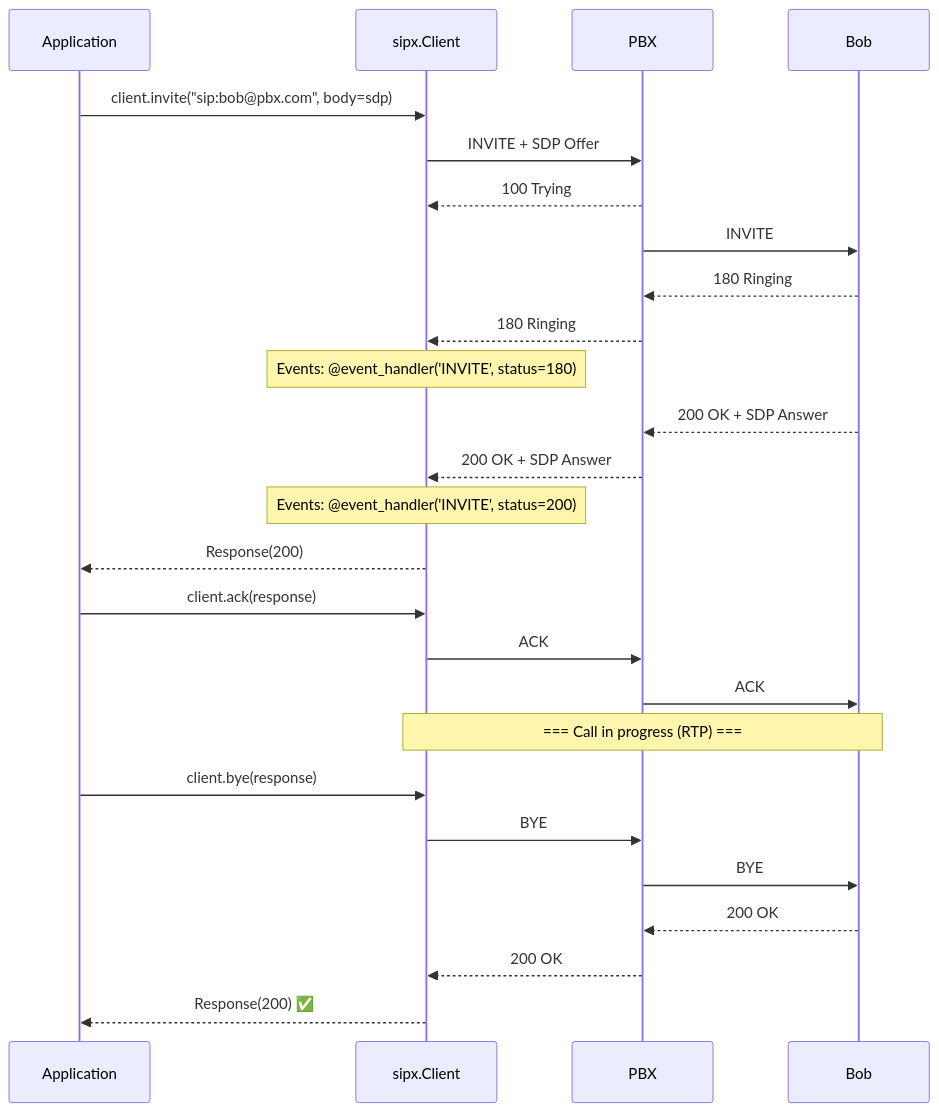
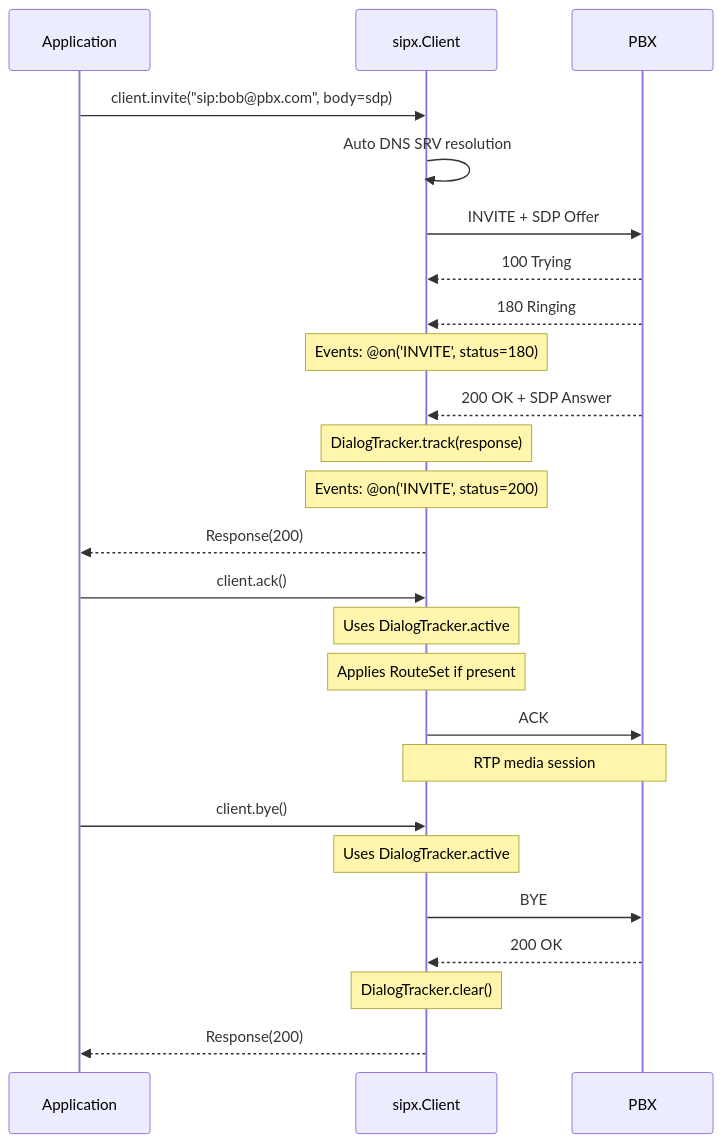
One commit to oornnery/sipx changed the sixth of 9 diagrams in docs/SDD.md. Above: the diagram before and after it, drawn with Mermaid. The commit also changed other lines of this file and 18 other files, not shown here.

Commit message:
feat(sipx): add response builders and dialog tracking

````diff
--- a/docs/SDD.md
+++ b/docs/SDD.md
@@ -525,35 +569,33 @@
 ```mermaid
 sequenceDiagram
     participant App as Application
     participant C as sipx.Client
     participant PBX as PBX
-    participant B as Bob
 
     App->>C: client.invite("sip:bob@pbx.com", body=sdp)
+    C->>C: Auto DNS SRV resolution
     C->>PBX: INVITE + SDP Offer
 
     PBX-->>C: 100 Trying
-    PBX->>B: INVITE
+    PBX-->>C: 180 Ringing
+    Note over C: Events: @on('INVITE', status=180)
 
-    B-->>PBX: 180 Ringing
-    PBX-->>C: 180 Ringing
-    Note over C: Events: @event_handler('INVITE', status=180)
-
-    B-->>PBX: 200 OK + SDP Answer
     PBX-->>C: 200 OK + SDP Answer
-    Note over C: Events: @event_handler('INVITE', status=200)
+    Note over C: DialogTracker.track(response)
+    Note over C: Events: @on('INVITE', status=200)
     C-->>App: Response(200)
 
-    App->>C: client.ack(response)
+    App->>C: client.ack()
+    Note over C: Uses DialogTracker.active
+    Note over C: Applies RouteSet if present
     C->>PBX: ACK
-    PBX->>B: ACK
 
-    Note over C,B: === Call in progress (RTP) ===
+    Note over C,PBX: RTP media session
 
-    App->>C: client.bye(response)
+    App->>C: client.bye()
+    Note over C: Uses DialogTracker.active
     C->>PBX: BYE
-    PBX->>B: BYE
-    B-->>PBX: 200 OK
     PBX-->>C: 200 OK
-    C-->>App: Response(200) ✅
+    Note over C: DialogTracker.clear()
+    C-->>App: Response(200)
 ```
````
